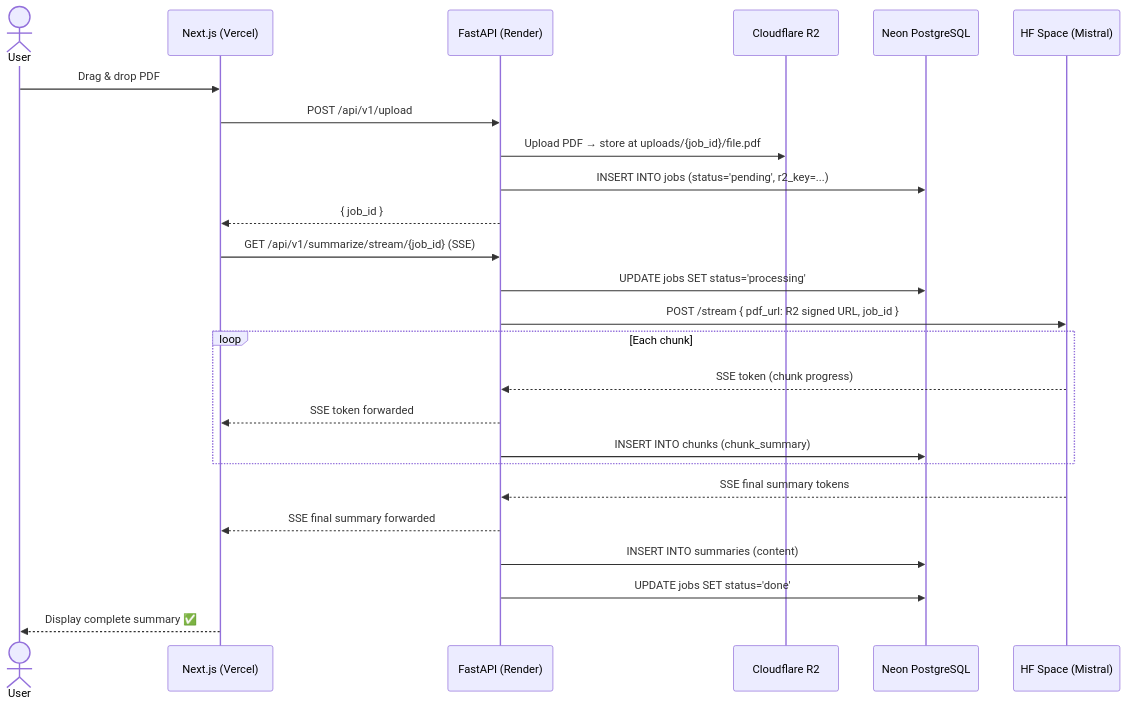
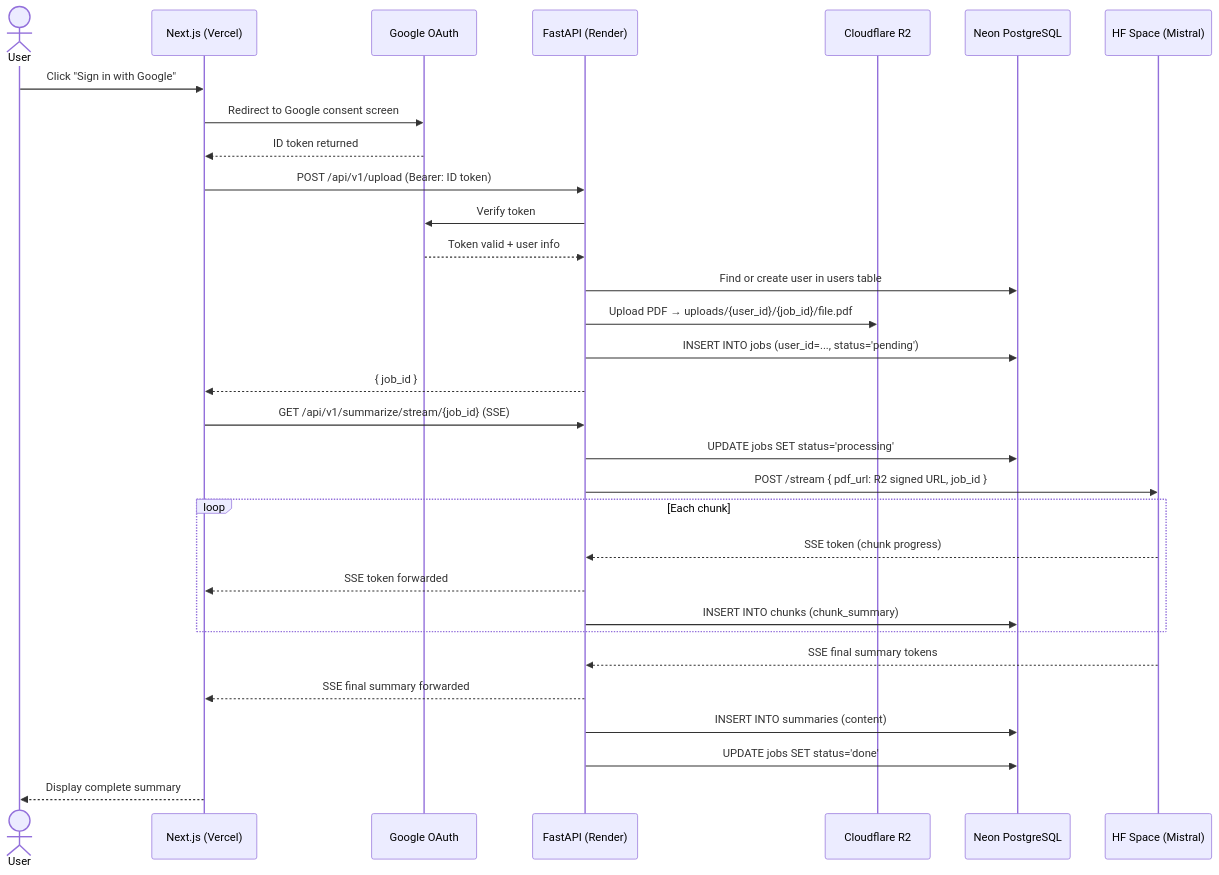
The third of 3 diagrams in design.md (Iconic-Aman/Mistral-Pdf-Summarizer), drawn with Mermaid before and after one commit. The commit also changed other lines of this file and 8 other files, not shown here.

````diff
--- a/design.md
+++ b/design.md
@@ -283,31 +349,37 @@
 ```mermaid
 sequenceDiagram
     actor User
     participant FE as Next.js (Vercel)
+    participant G  as Google OAuth
     participant BE as FastAPI (Render)
     participant R2 as Cloudflare R2
     participant DB as Neon PostgreSQL
     participant HF as HF Space (Mistral)
 
-    User->>FE: Drag & drop PDF
-    FE->>BE: POST /api/v1/upload
-    BE->>R2: Upload PDF → store at uploads/{job_id}/file.pdf
-    BE->>DB: INSERT INTO jobs (status='pending', r2_key=...)
+    User->>FE: Click "Sign in with Google"
+    FE->>G: Redirect to Google consent screen
+    G-->>FE: ID token returned
+    FE->>BE: POST /api/v1/upload (Bearer: ID token)
+    BE->>G: Verify token
+    G-->>BE: Token valid + user info
+    BE->>DB: Find or create user in users table
+    BE->>R2: Upload PDF → uploads/{user_id}/{job_id}/file.pdf
+    BE->>DB: INSERT INTO jobs (user_id=..., status='pending')
     BE-->>FE: { job_id }
 
     FE->>BE: GET /api/v1/summarize/stream/{job_id} (SSE)
     BE->>DB: UPDATE jobs SET status='processing'
-    BE->>HF: POST /stream  { pdf_url: R2 signed URL, job_id }
+    BE->>HF: POST /stream { pdf_url: R2 signed URL, job_id }
 
     loop Each chunk
         HF-->>BE: SSE token (chunk progress)
         BE-->>FE: SSE token forwarded
         BE->>DB: INSERT INTO chunks (chunk_summary)
     end
 
     HF-->>BE: SSE final summary tokens
     BE-->>FE: SSE final summary forwarded
     BE->>DB: INSERT INTO summaries (content)
     BE->>DB: UPDATE jobs SET status='done'
-    FE-->>User: Display complete summary ✅
+    FE-->>User: Display complete summary
 ```
````
